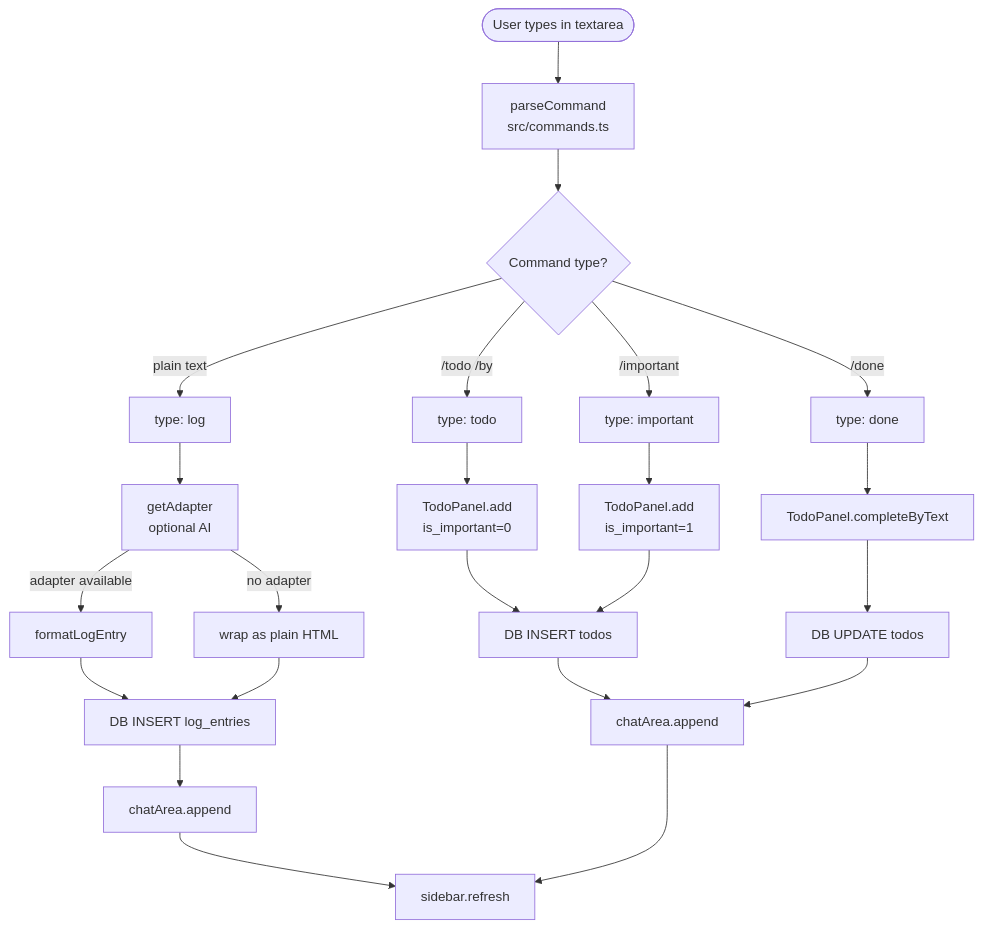
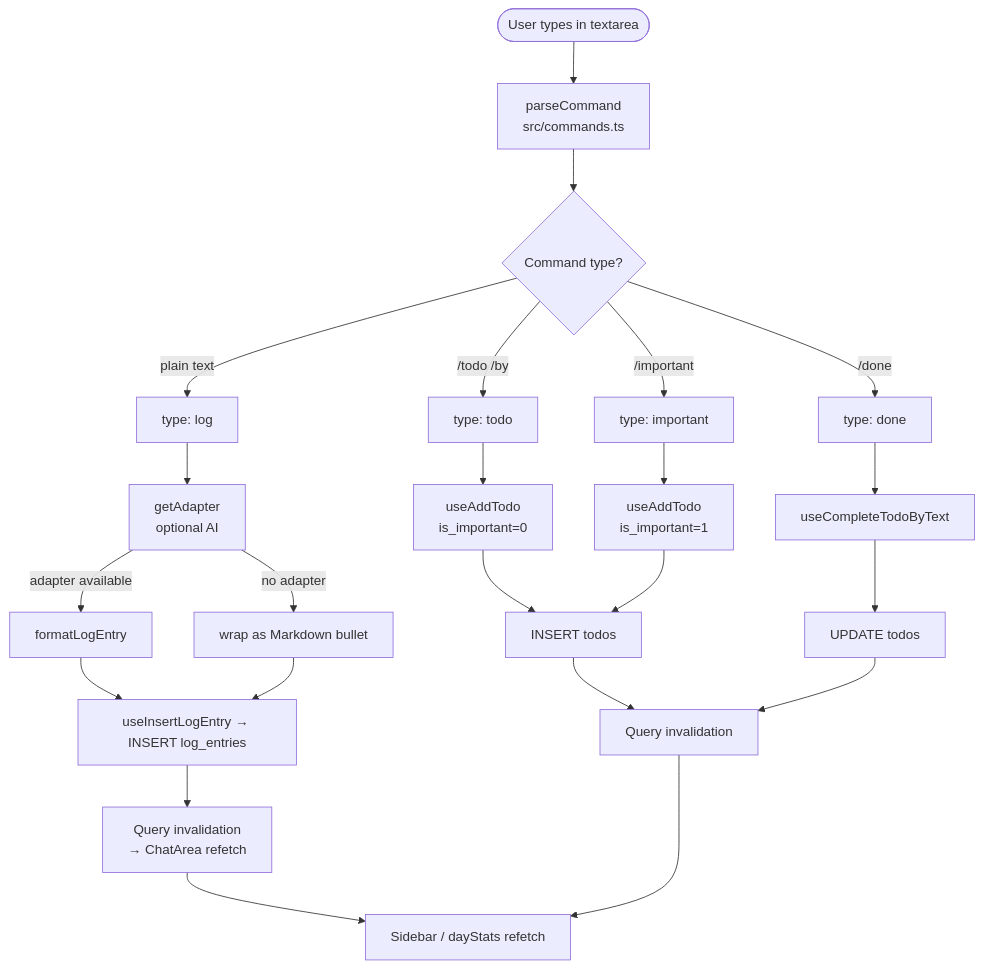
One commit to rbipin/caplog changed the diagram in README.md. Above: the diagram before and after it, drawn with Mermaid. The commit also changed other lines of this file and 73 other files, not shown here.

````diff
--- a/README.md
+++ b/README.md
@@ -59,31 +59,31 @@
 ```mermaid
 flowchart TD
     A([User types in textarea]) --> B[parseCommand\nsrc/commands.ts]
 
     B --> C{Command type?}
 
     C -->|plain text| D[type: log]
     C -->|/todo /by| E[type: todo]
     C -->|/important| F[type: important]
     C -->|/done| G[type: done]
 
     D --> H[getAdapter\noptional AI]
     H -->|adapter available| I[formatLogEntry]
-    H -->|no adapter| J[wrap as plain HTML]
-    I --> K[DB INSERT log_entries]
+    H -->|no adapter| J[wrap as Markdown bullet]
+    I --> K[useInsertLogEntry → INSERT log_entries]
     J --> K
-    K --> L[chatArea.append]
-    L --> M[sidebar.refresh]
+    K --> L[Query invalidation\n→ ChatArea refetch]
+    L --> M[Sidebar / dayStats refetch]
 
-    E --> N[TodoPanel.add\nis_important=0]
-    F --> O[TodoPanel.add\nis_important=1]
-    G --> P[TodoPanel.completeByText]
+    E --> N[useAddTodo\nis_important=0]
+    F --> O[useAddTodo\nis_important=1]
+    G --> P[useCompleteTodoByText]
 
-    N --> Q[DB INSERT todos]
+    N --> Q[INSERT todos]
     O --> Q
-    P --> R[DB UPDATE todos]
+    P --> R[UPDATE todos]
 
-    Q --> S[chatArea.append]
+    Q --> S[Query invalidation]
     R --> S
     S --> M
 ```
````
